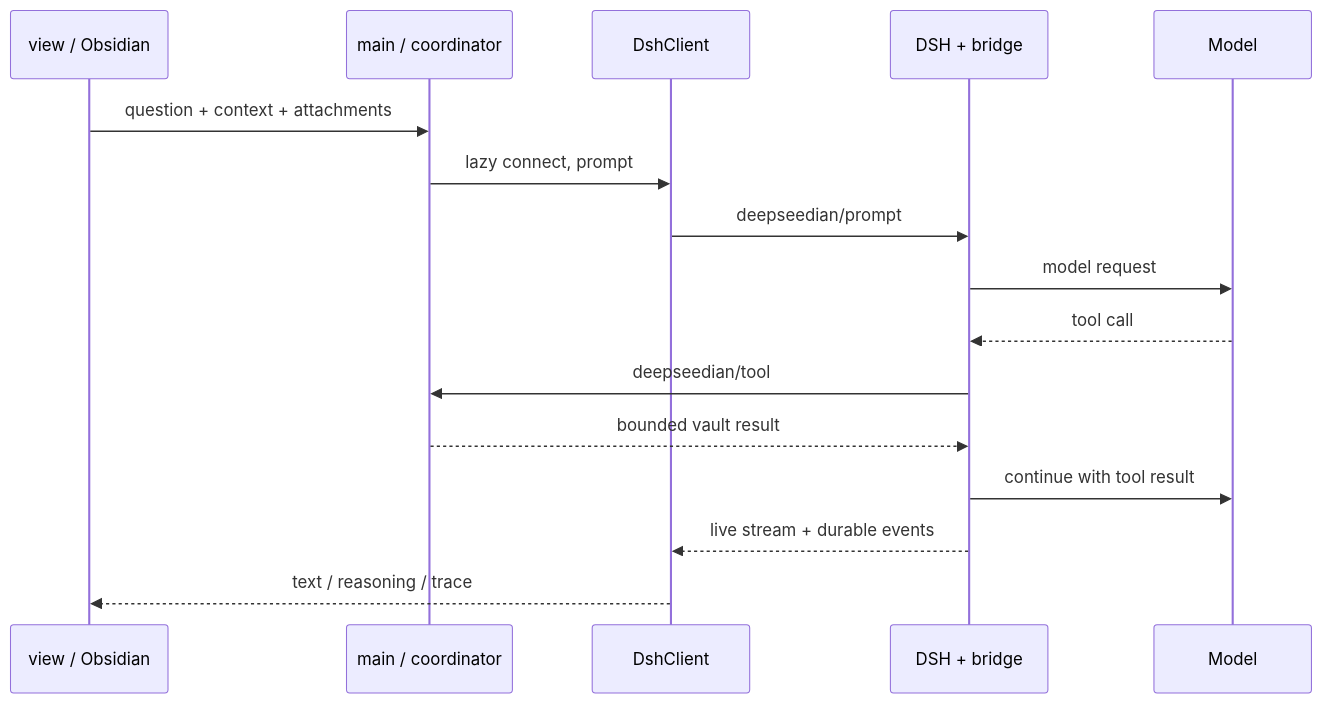
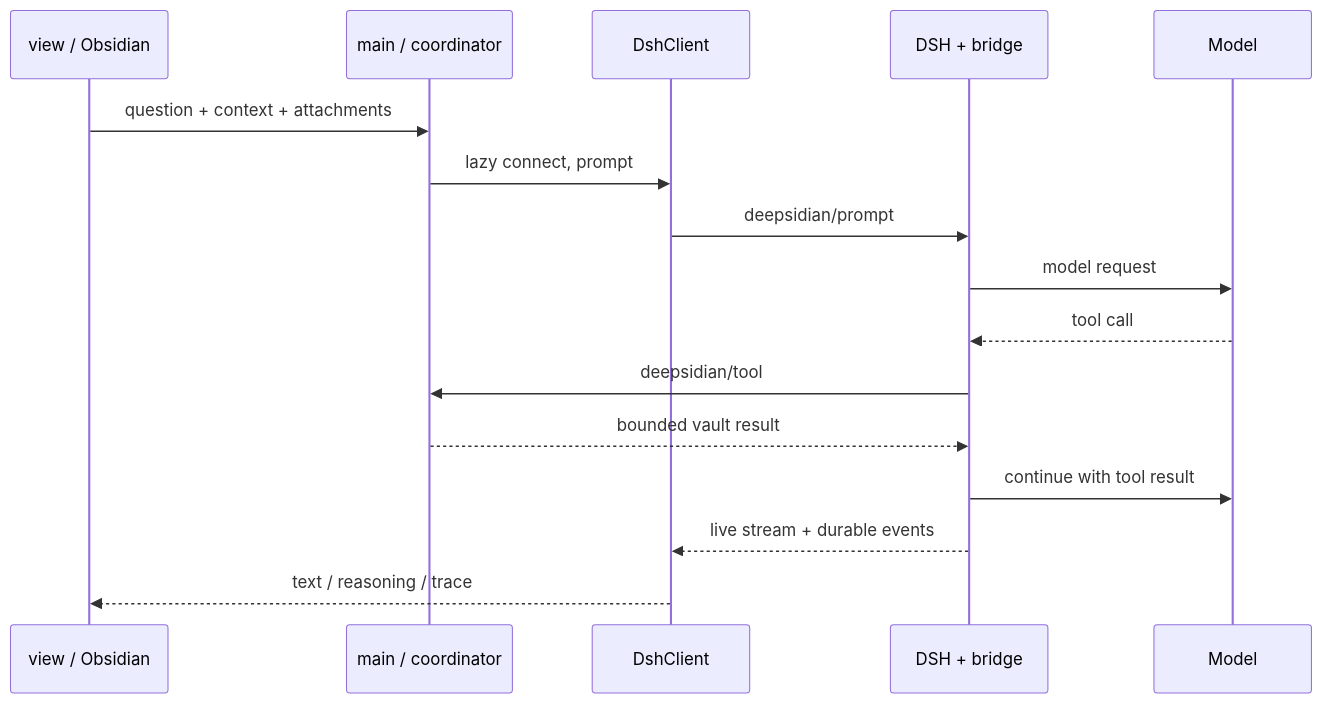
One commit to DrTonks/deepseedian changed the diagram in docs/ARCHITECTURE.md. Above: the diagram before and after it, drawn with Mermaid. The commit also changed other lines of this file and 59 other files, not shown here.

````diff
--- a/docs/ARCHITECTURE.md
+++ b/docs/ARCHITECTURE.md
@@ -7,18 +7,18 @@
 ```mermaid
 sequenceDiagram
   participant UI as view / Obsidian
   participant P as main / coordinator
   participant C as DshClient
   participant H as DSH + bridge
   participant M as Model
   UI->>P: question + context + attachments
   P->>C: lazy connect, prompt
-  C->>H: deepseedian/prompt
+  C->>H: deepsidian/prompt
   H->>M: model request
   M-->>H: tool call
-  H->>P: deepseedian/tool
+  H->>P: deepsidian/tool
   P-->>H: bounded vault result
   H->>M: continue with tool result
   H-->>C: live stream + durable events
   C-->>UI: text / reasoning / trace
 ```
````
